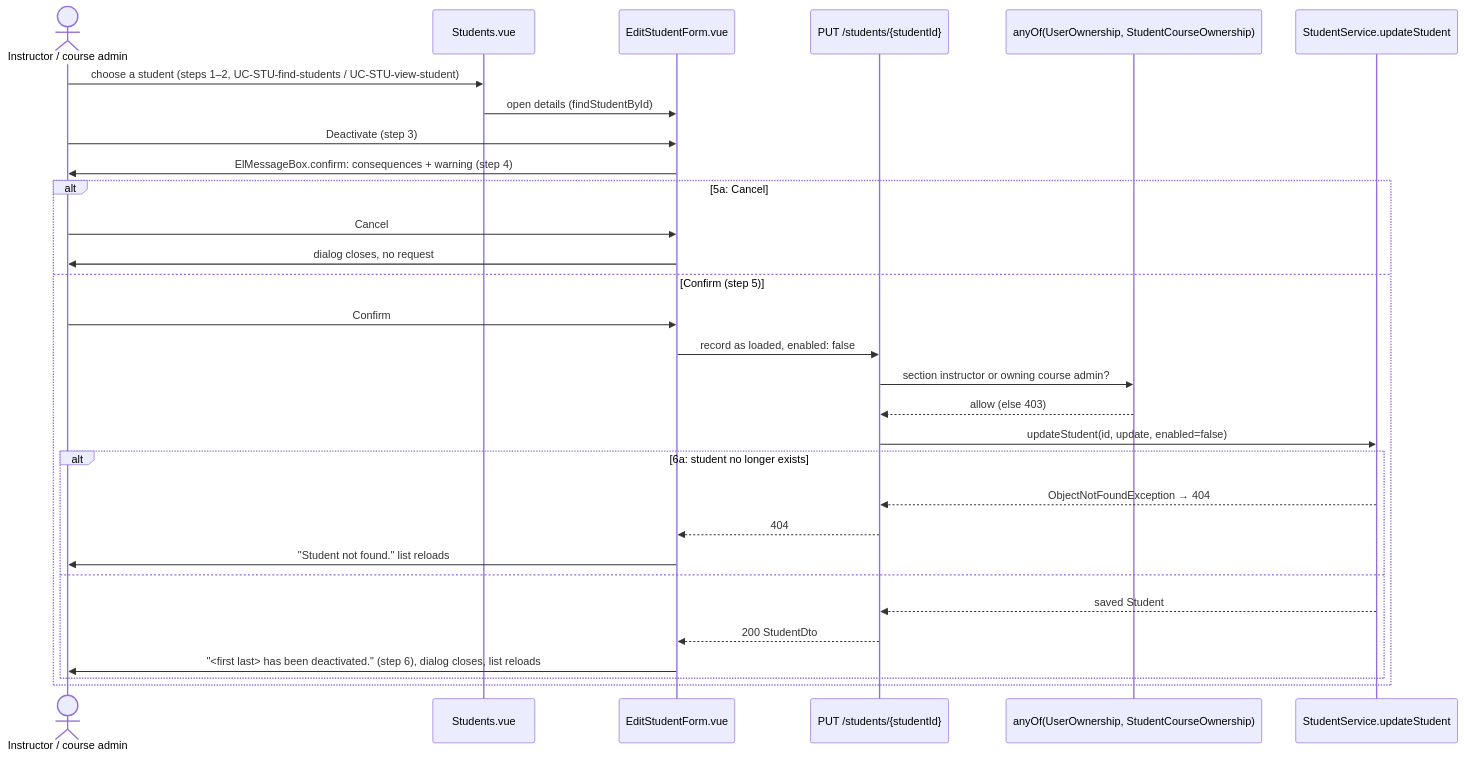
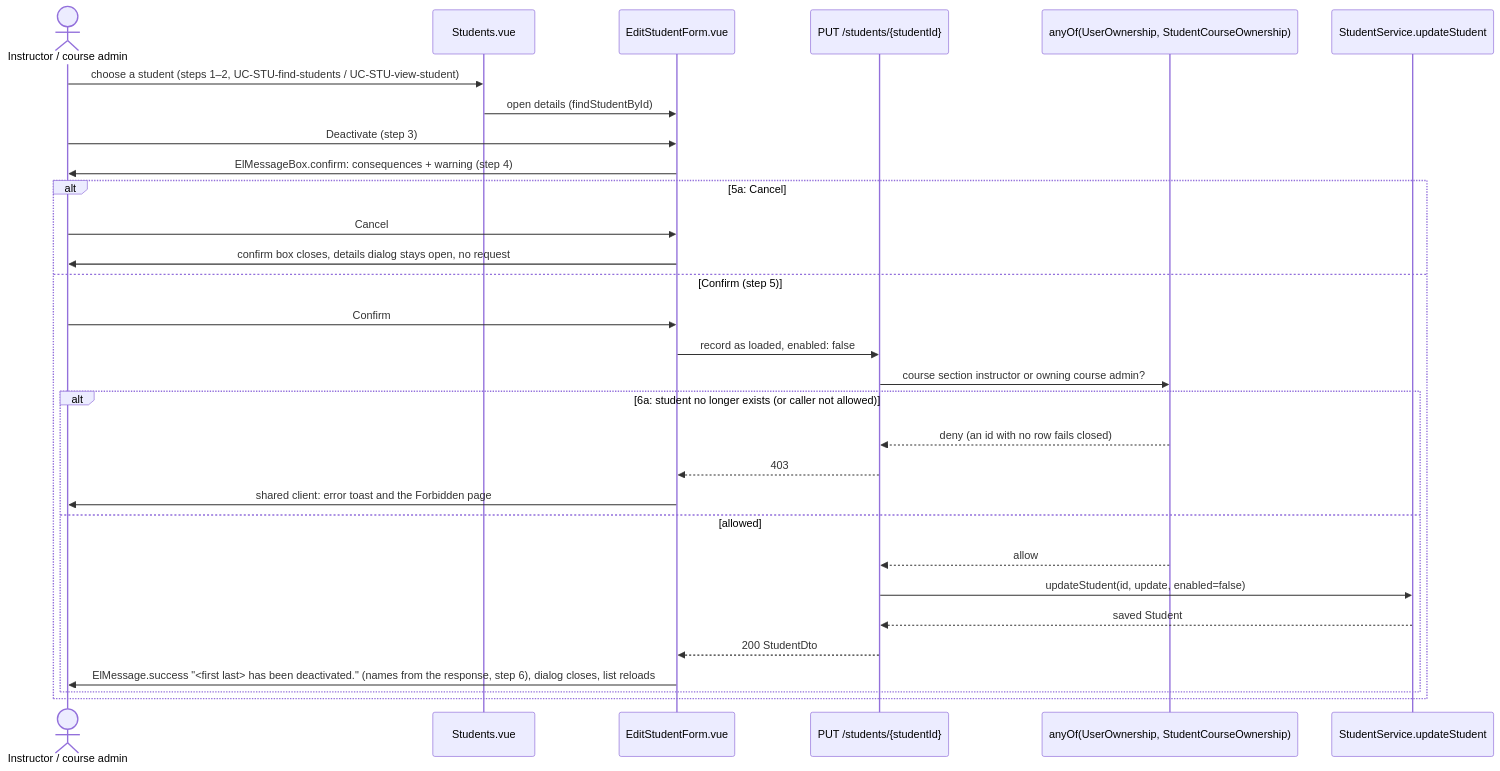
One commit to PathNotFound404/add-a-use-case changed the second of 4 diagrams in docs/design/stu.md. Above: the diagram before and after it, drawn with Mermaid. The commit also changed other lines of this file and 1 other file, not shown here.

````diff
--- a/docs/design/stu.md
+++ b/docs/design/stu.md
@@ -84,32 +87,32 @@
 ```mermaid
 sequenceDiagram
     actor I as Instructor / course admin
     participant L as Students.vue
     participant F as EditStudentForm.vue
     participant API as PUT /students/{studentId}
     participant AM as anyOf(UserOwnership, StudentCourseOwnership)
     participant S as StudentService.updateStudent
     I->>L: choose a student (steps 1–2, UC-STU-find-students / UC-STU-view-student)
     L->>F: open details (findStudentById)
     I->>F: Deactivate (step 3)
     F->>I: ElMessageBox.confirm: consequences + warning (step 4)
     alt 5a: Cancel
         I->>F: Cancel
-        F->>I: dialog closes, no request
+        F->>I: confirm box closes, details dialog stays open, no request
     else Confirm (step 5)
         I->>F: Confirm
         F->>API: record as loaded, enabled: false
-        API->>AM: section instructor or owning course admin?
-        AM-->>API: allow (else 403)
-        API->>S: updateStudent(id, update, enabled=false)
-        alt 6a: student no longer exists
-            S-->>API: ObjectNotFoundException → 404
-            API-->>F: 404
-            F->>I: "Student not found." list reloads
-        else
+        API->>AM: course section instructor or owning course admin?
+        alt 6a: student no longer exists (or caller not allowed)
+            AM-->>API: deny (an id with no row fails closed)
+            API-->>F: 403
+            F->>I: shared client: error toast and the Forbidden page
+        else allowed
+            AM-->>API: allow
+            API->>S: updateStudent(id, update, enabled=false)
             S-->>API: saved Student
             API-->>F: 200 StudentDto
-            F->>I: "<first last> has been deactivated." (step 6), dialog closes, list reloads
+            F->>I: ElMessage.success "<first last> has been deactivated." (names from the response, step 6), dialog closes, list reloads
         end
     end
 ```
````
